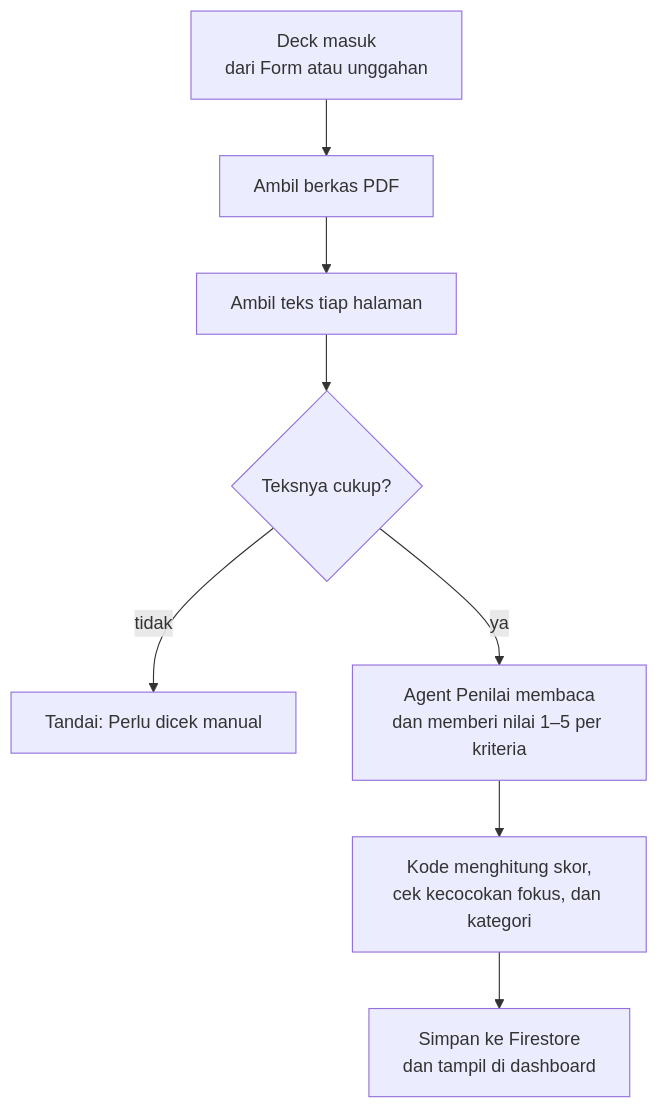
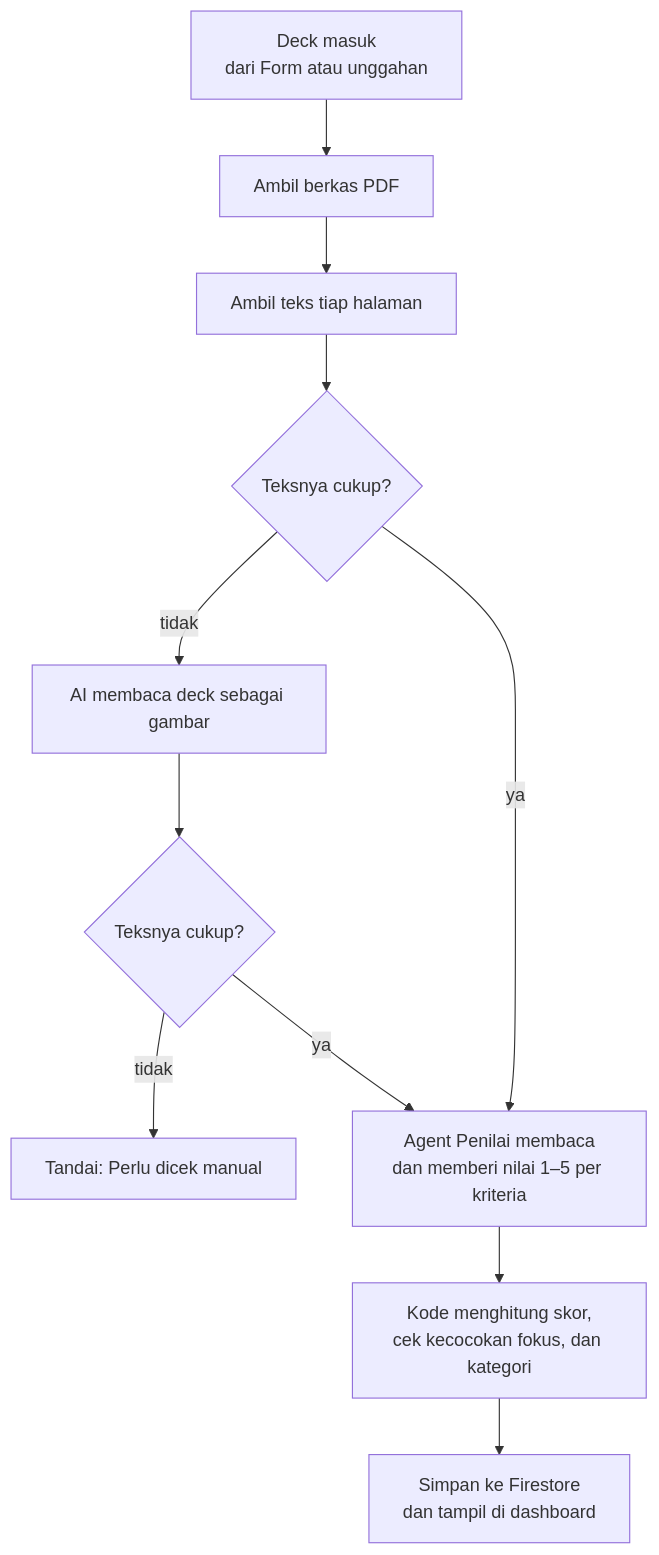
The second of 2 diagrams in docs/ARCHITECTURE.md (codeyzx/aisa), drawn with Mermaid before and after one commit. The commit also changed other lines of this file and 6 other files, not shown here.

````diff
--- a/docs/ARCHITECTURE.md
+++ b/docs/ARCHITECTURE.md
@@ -61,10 +61,13 @@
 ```mermaid
 flowchart TD
     A[Deck masuk<br/>dari Form atau unggahan] --> B[Ambil berkas PDF]
     B --> C[Ambil teks tiap halaman]
     C --> D{Teksnya cukup?}
-    D -- tidak --> X[Tandai: Perlu dicek manual]
+    D -- tidak --> G[AI membaca deck sebagai gambar]
+    G --> G2{Teksnya cukup?}
+    G2 -- tidak --> X[Tandai: Perlu dicek manual]
+    G2 -- ya --> E
     D -- ya --> E[Agent Penilai membaca<br/>dan memberi nilai 1–5 per kriteria]
     E --> H[Kode menghitung skor,<br/>cek kecocokan fokus, dan kategori]
     H --> I[Simpan ke Firestore<br/>dan tampil di dashboard]
 ```
````
